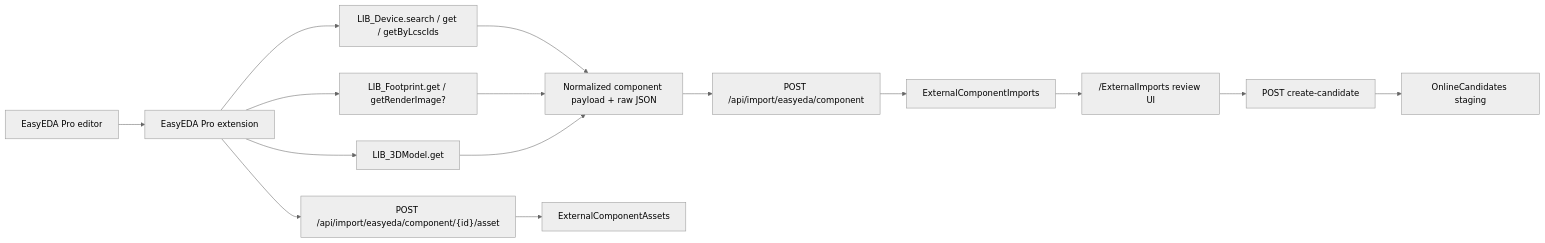
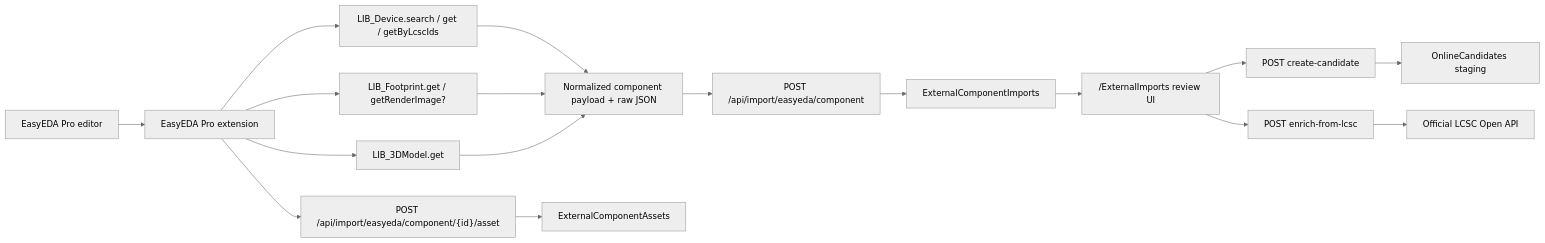
The diagram in docs/EASYEDA_IMPORT.md (gregrgr/Cadence-Component-Library), drawn with Mermaid (neutral theme) before and after one commit. The commit also changed other lines of this file and 37 other files, not shown here.

Commit message:
Harden EasyEDA import auth with tokens and LCSC Open API

````diff
--- a/docs/EASYEDA_IMPORT.md
+++ b/docs/EASYEDA_IMPORT.md
@@ -19,17 +21,19 @@
 ```mermaid
 flowchart LR
     A["EasyEDA Pro editor"] --> B["EasyEDA Pro extension"]
     B --> C["LIB_Device.search / get / getByLcscIds"]
     B --> D["LIB_Footprint.get / getRenderImage?"]
     B --> E["LIB_3DModel.get"]
     C --> F["Normalized component payload + raw JSON"]
     D --> F
     E --> F
     F --> G["POST /api/import/easyeda/component"]
     B --> H["POST /api/import/easyeda/component/{id}/asset"]
     G --> I["ExternalComponentImports"]
     H --> J["ExternalComponentAssets"]
     I --> K["/ExternalImports review UI"]
     K --> L["POST create-candidate"]
     L --> M["OnlineCandidates staging"]
+    K --> N["POST enrich-from-lcsc"]
+    N --> O["Official LCSC Open API"]
 ```
````
